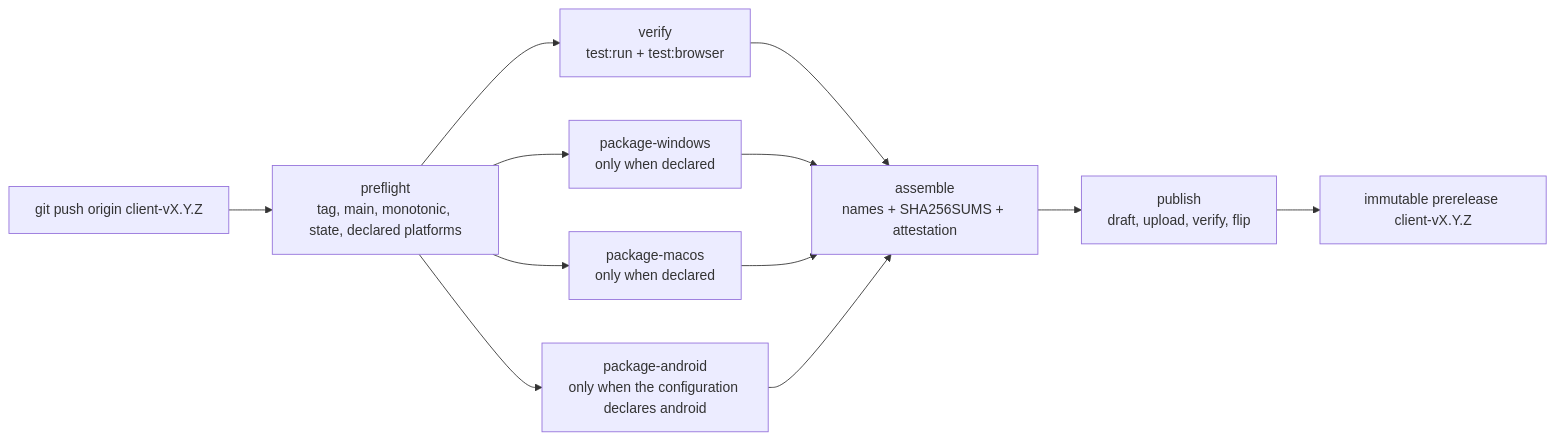
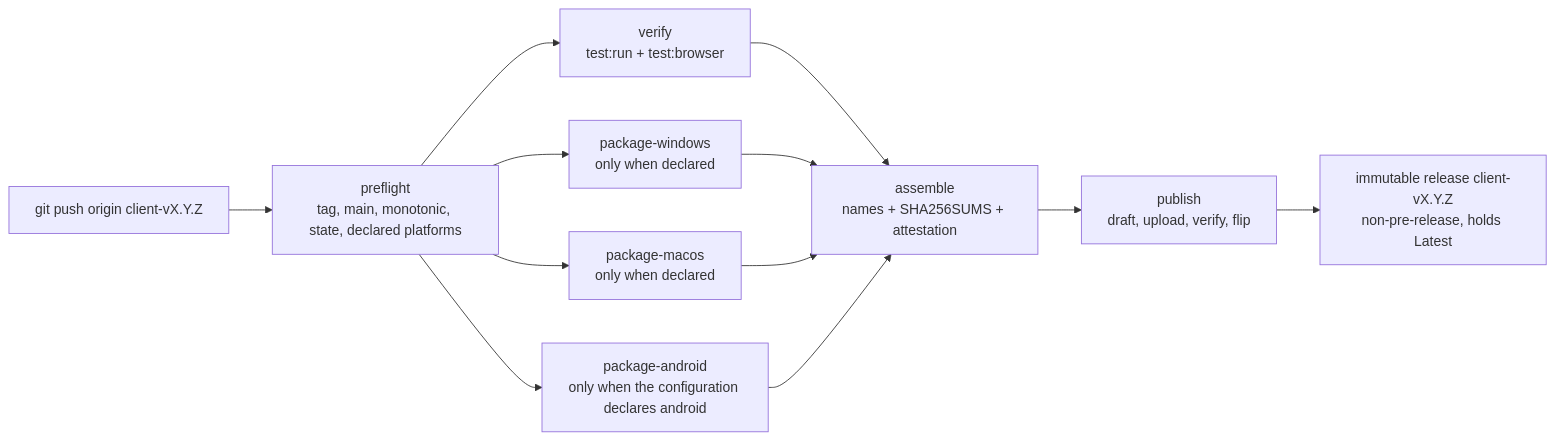
One commit to anywear-ai/AnyWear-Client changed the diagram in docs/client-release.md. Above: the diagram before and after it, drawn with Mermaid. The commit also changed other lines of this file and 8 other files, not shown here.

````diff
--- a/docs/client-release.md
+++ b/docs/client-release.md
@@ -15,14 +23,14 @@
 ```mermaid
 flowchart LR
     T["git push origin client-vX.Y.Z"] --> PF["preflight<br/>tag, main, monotonic, state, declared platforms"]
     PF --> V["verify<br/>test:run + test:browser"]
     PF --> W["package-windows<br/>only when declared"]
     PF --> M["package-macos<br/>only when declared"]
     PF --> A["package-android<br/>only when the configuration declares android"]
     V --> AS["assemble<br/>names + SHA256SUMS + attestation"]
     W --> AS
     M --> AS
     A --> AS
     AS --> P["publish<br/>draft, upload, verify, flip"]
-    P --> R["immutable prerelease client-vX.Y.Z"]
+    P --> R["immutable release client-vX.Y.Z<br/>non-pre-release, holds Latest"]
 ```
````
